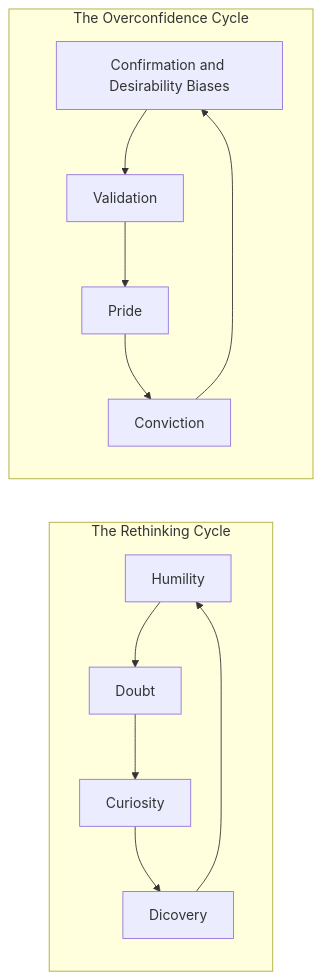
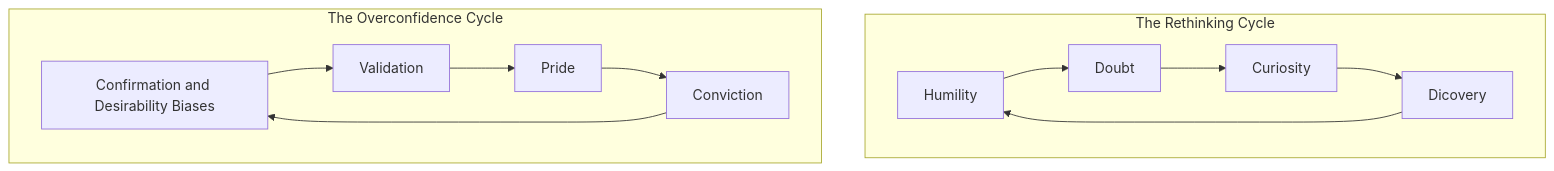
One commit to CuriosityAHumanSuperpower/summaries changed the first of 5 diagrams in Think Again_Adam Grant.md. Above: the diagram before and after it, drawn with Mermaid. The commit also changed other lines of this file, not shown here.

````diff
--- a/Think Again_Adam Grant.md
+++ b/Think Again_Adam Grant.md
@@ -20,11 +20,11 @@
 ```mermaid
 %%{init: {"flowchart": {"htmlLabels": false}} }%%
-flowchart LR
+flowchart TB
     subgraph The Rethinking Cycle
         Humility --> Doubt --> Curiosity --> Dicovery --> Humility
     end
     text["Confirmation and Desirability Biases"]
     subgraph The Overconfidence Cycle
         Pride --> Conviction --> text --> Validation --> Pride
     end
 ```
````
